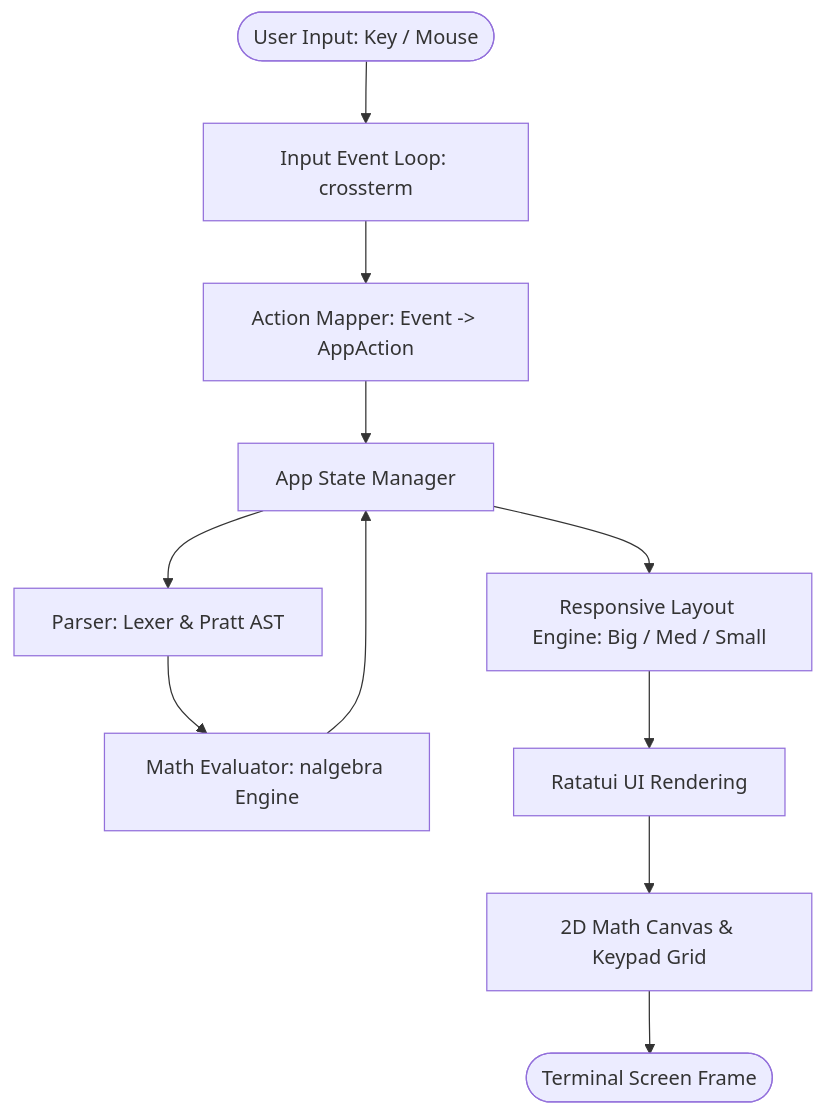
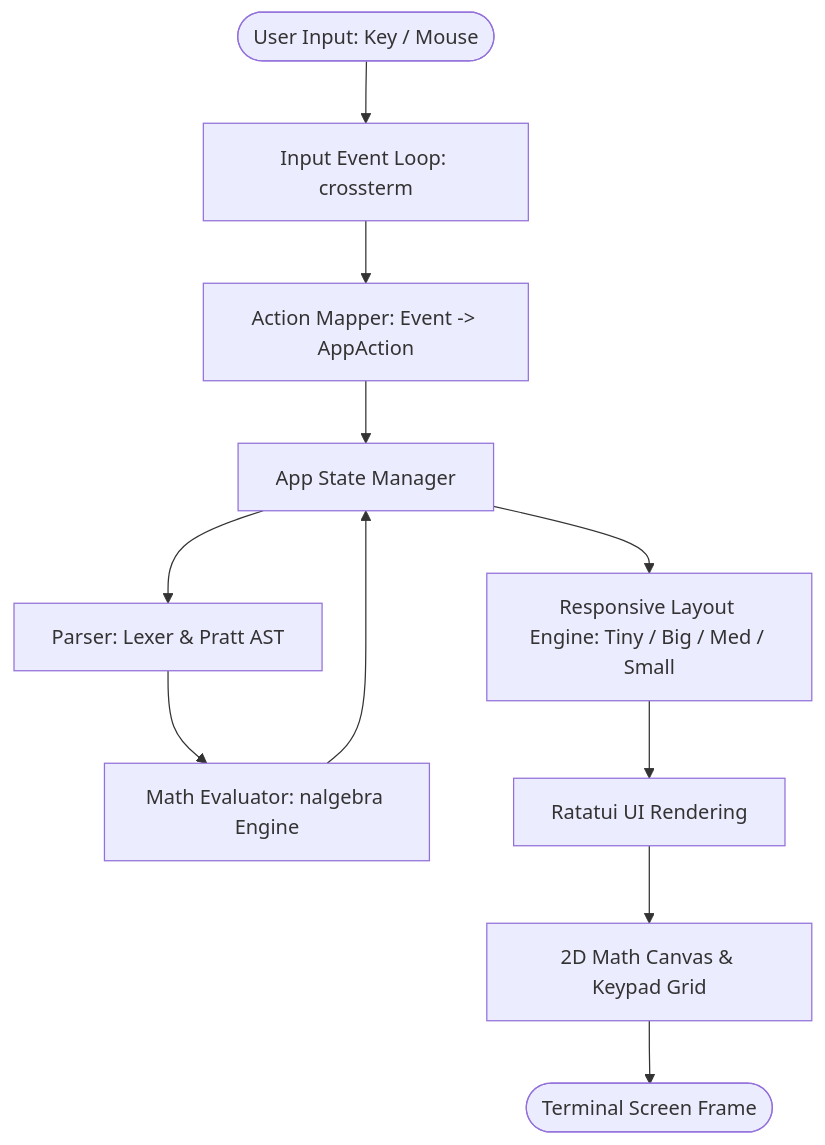
The diagram in ARCHITECTURE.md (Bonifac0/TUI_Calculator), drawn with Mermaid before and after one commit. The commit also changed other lines of this file and 6 other files, not shown here.

````diff
--- a/ARCHITECTURE.md
+++ b/ARCHITECTURE.md
@@ -48,15 +49,15 @@
 ```mermaid
 graph TD
     User([User Input: Key / Mouse]) --> EventLoop[Input Event Loop: crossterm]
     EventLoop --> ActionMapper[Action Mapper: Event -> AppAction]
     ActionMapper --> AppState[App State Manager]
     
     AppState --> Parser[Parser: Lexer & Pratt AST]
     Parser --> Evaluator[Math Evaluator: nalgebra Engine]
     Evaluator --> AppState
     
-    AppState --> LayoutEngine[Responsive Layout Engine: Big / Med / Small]
+    AppState --> LayoutEngine[Responsive Layout Engine: Tiny / Big / Med / Small]
     LayoutEngine --> UIRenderer[Ratatui UI Rendering]
     UIRenderer --> Canvas[2D Math Canvas & Keypad Grid]
     Canvas --> TerminalFrame([Terminal Screen Frame])
 ```
````
